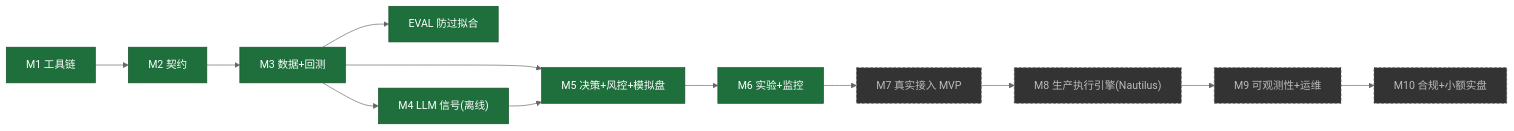
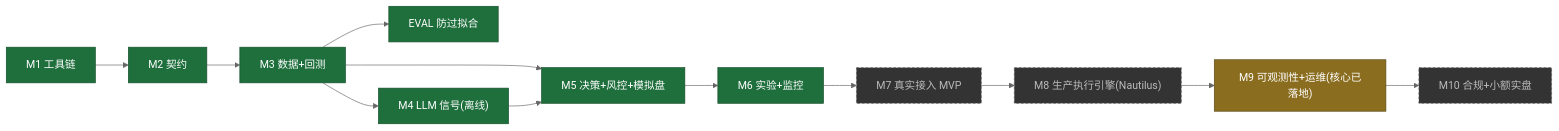
The fourth of 4 diagrams in README.md (AndyUneducated/agentic-trading), drawn with Mermaid (neutral theme) before and after one commit. The commit also changed other lines of this file and 5 other files, not shown here.

````diff
--- a/README.md
+++ b/README.md
@@ -199,15 +221,16 @@
 ```mermaid
 flowchart LR
   M1["M1 工具链"]:::done --> M2["M2 契约"]:::done --> M3["M3 数据+回测"]:::done
   M3 --> EV["EVAL 防过拟合"]:::done
   M3 --> M4["M4 LLM 信号(离线)"]:::done
   M3 --> M5["M5 决策+风控+模拟盘"]:::done
   M4 --> M5
   M5 --> M6["M6 实验+监控"]:::done
   M6 --> M7["M7 真实接入 MVP"]:::todo
   M7 --> M8["M8 生产执行引擎(Nautilus)"]:::todo
-  M8 --> M9["M9 可观测性+运维"]:::todo
+  M8 --> M9["M9 可观测性+运维(核心已落地)"]:::wip
   M9 --> M10["M10 合规+小额实盘"]:::todo
   classDef done fill:#1f6f3d,color:#fff,stroke:#134d29;
+  classDef wip fill:#8a6d1f,color:#fff,stroke:#5c4813;
   classDef todo fill:#333,color:#bbb,stroke:#555,stroke-dasharray:4 3;
 ```
````
